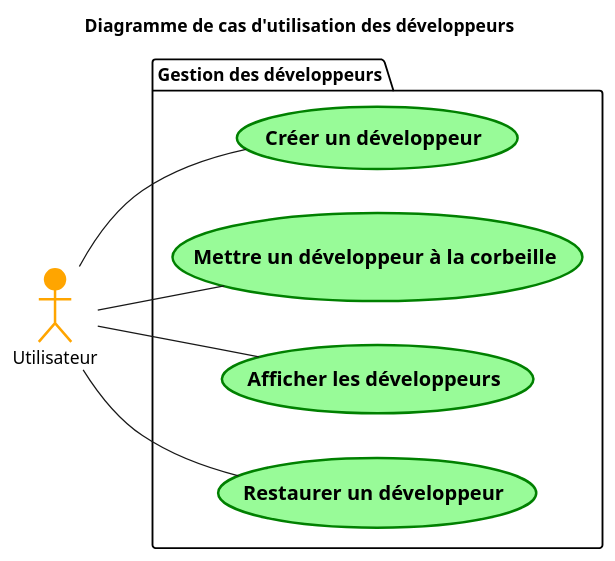
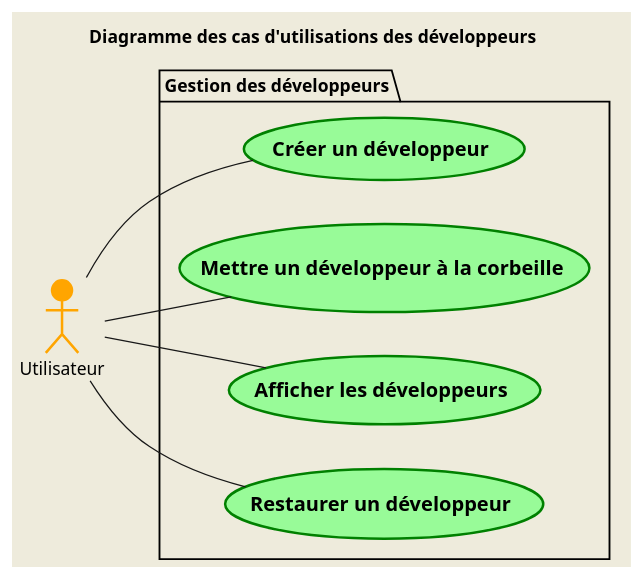
The diagram in Modelisation/Diagrammes/PlantUML/diag_use_case_1.puml (SamuelGuillemet/igloo), drawn with PlantUML before and after one commit. The commit also changed 7 other files, not shown here.

Commit message:
Add plantuml testing files

```diff
--- a/Modelisation/Diagrammes/PlantUML/diag_use_case_1.puml
+++ b/Modelisation/Diagrammes/PlantUML/diag_use_case_1.puml
@@ -1,20 +1,22 @@
-@startuml  
-title Diagramme de cas d'utilisation des développeurs
+@startuml UseCase1
+title Diagramme des cas d'utilisations des développeurs
 
 left to right direction
+skinparam style strictuml
+skinparam backgroundColor #EEEBDC
 
 actor Utilisateur #Orange;line:Orange;line.bold
 
 package "Gestion des développeurs" {
     usecase "== Créer un développeur" as UC1 #PaleGreen;line:Green;line.bold
     usecase "== Mettre un développeur à la corbeille" as UC5 #PaleGreen;line:Green;line.bold
     usecase "== Afficher les développeurs" as UC8 #PaleGreen;line:Green;line.bold
     usecase "== Restaurer un développeur" as UC21 #PaleGreen;line:Green;line.bold
 }
 
 Utilisateur -- UC1
 Utilisateur -- UC5
 Utilisateur -- UC8
 Utilisateur -- UC21
 
 @enduml
```
